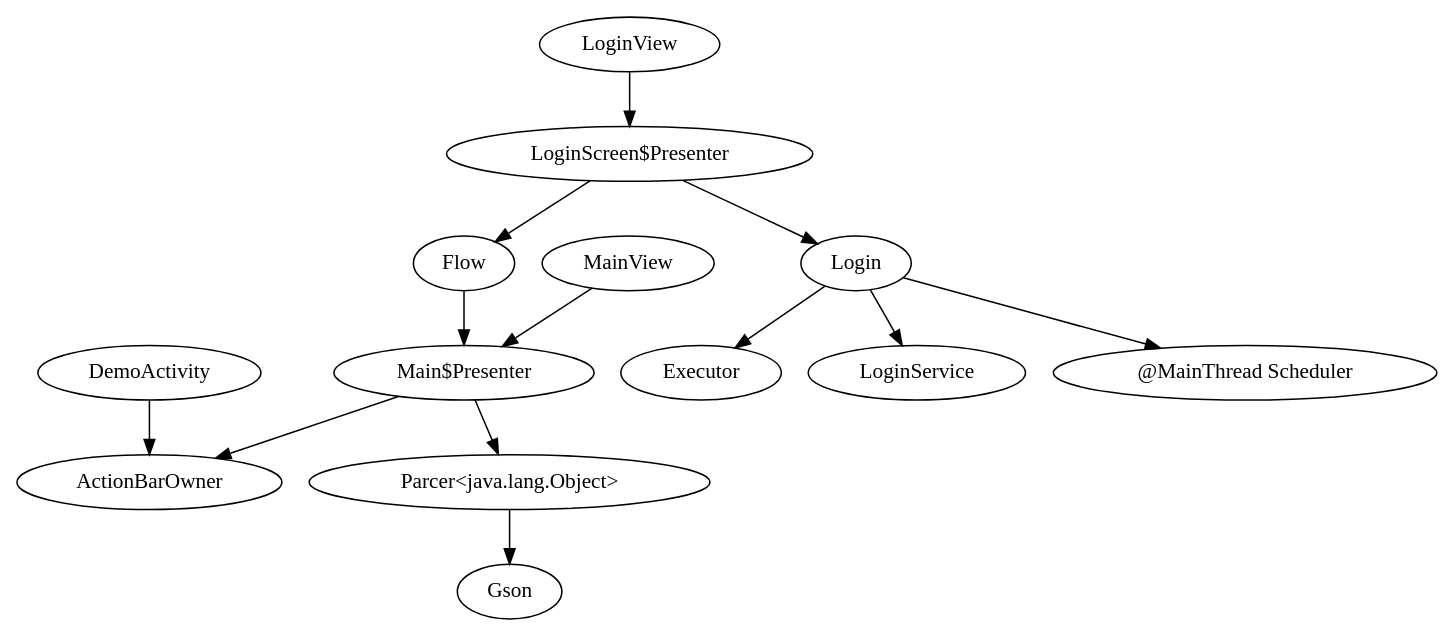
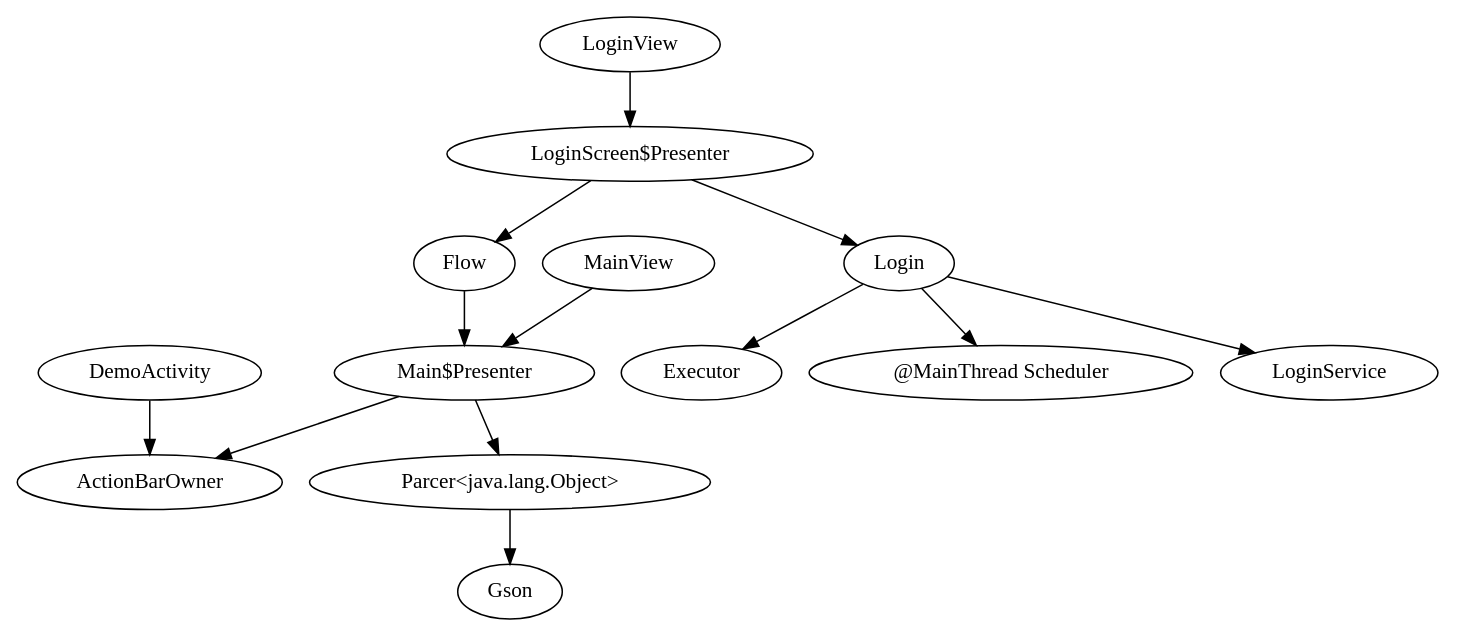
The diagram in target/generated-sources/annotations/com/example/mortar/screen/LoginScreen.Module.dot (ganesansays/Topaz-Mortar), drawn with Graphviz before and after one commit. The commit also changed other lines of this file and 14 other files, not shown here.

Commit message:
One flow done with regular ui

```diff
--- a/target/generated-sources/annotations/com/example/mortar/screen/LoginScreen.Module.dot
+++ b/target/generated-sources/annotations/com/example/mortar/screen/LoginScreen.Module.dot
@@ -1,19 +1,19 @@
 digraph G1 {
   concentrate = true;
   DemoActivity -> ActionBarOwner;
   n2 [label="Main$Presenter"];
   Flow -> n2;
   Login -> Executor;
-  Login -> LoginService;
   n3 [label="@MainThread Scheduler"];
   Login -> n3;
+  Login -> LoginService;
   n4 [label="LoginScreen$Presenter"];
+  n4 -> Login;
   n4 -> Flow;
-  n4 -> Login;
   LoginView -> n4;
-  n2 -> ActionBarOwner;
   n5 [label="Parcer<java.lang.Object>"];
   n2 -> n5;
+  n2 -> ActionBarOwner;
   MainView -> n2;
   n5 -> Gson;
 }
```
